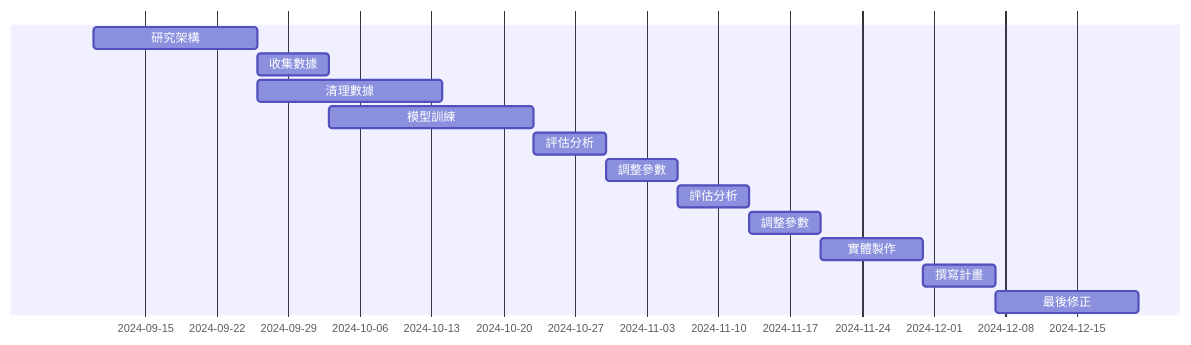
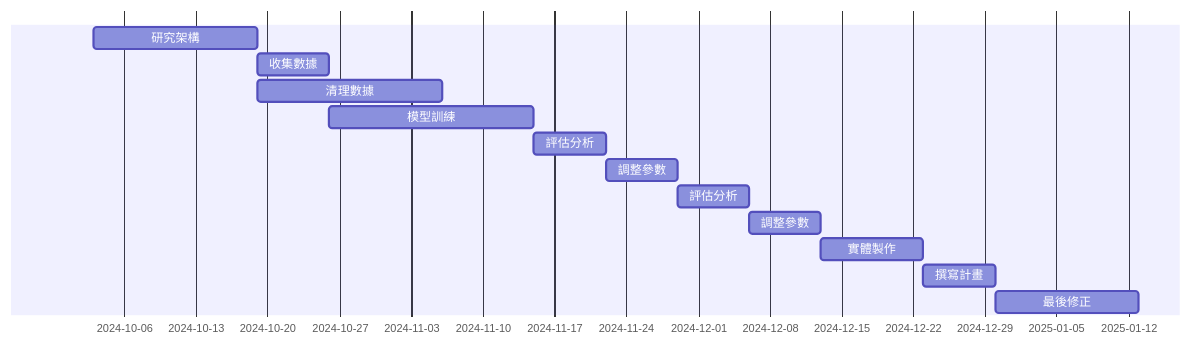
The diagram in hw2.md (FashionSu/AI_traash), drawn with Mermaid before and after one commit.

````diff
--- a/hw2.md
+++ b/hw2.md
@@ -5,17 +5,17 @@
 ```mermaid
 gantt
     dateFormat  YYYY-MM-DD
     axisFormat  %Y-%m-%d
 
-    研究架構           :a1, 2024-09-10, 16d
+    研究架構           :a1, 2024-10-03, 16d
     收集數據           :a2, after a1, 7d
     清理數據           :a3, after a1, 18d
     模型訓練           :a4, after a2, 20d
     評估分析           :a5, after a4, 7d
     調整參數           :a6, after a5, 7d
     評估分析           :a7, after a6, 7d
     調整參數           :a8, after a7, 7d
     實體製作           :a9, after a8, 10d
     撰寫計畫           :a10, after a9, 7d
     最後修正           :a11, after a10, 14d
 ```
````
